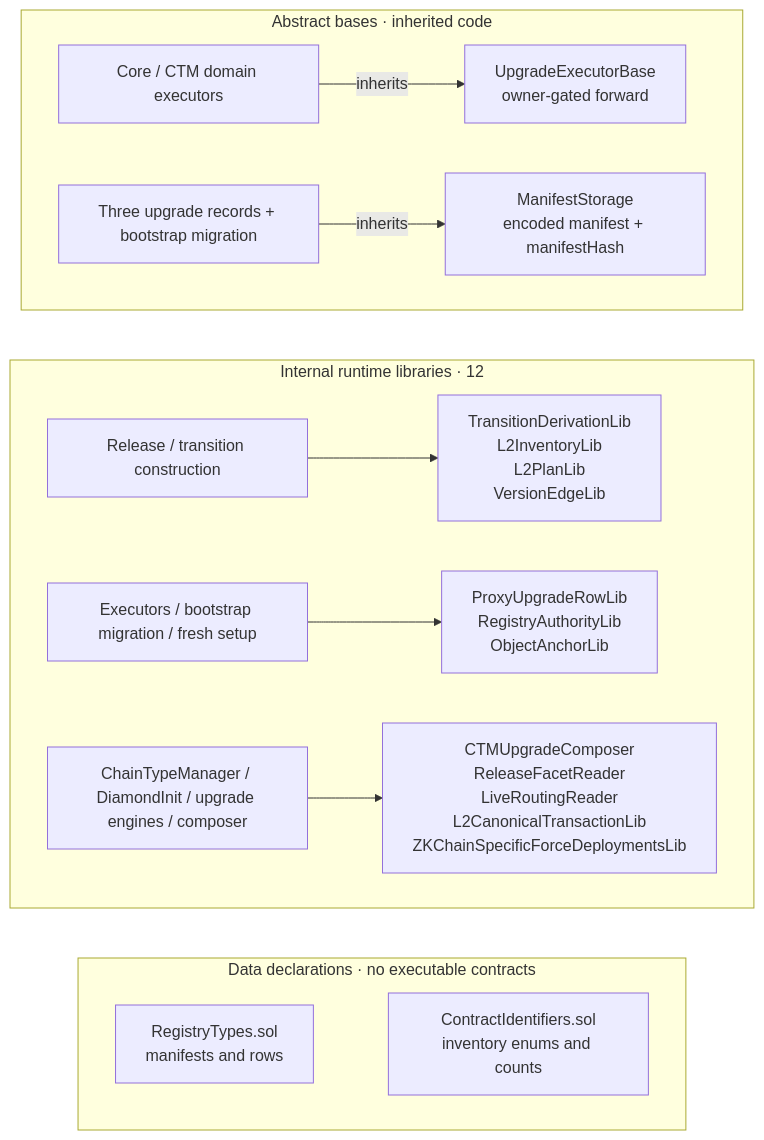
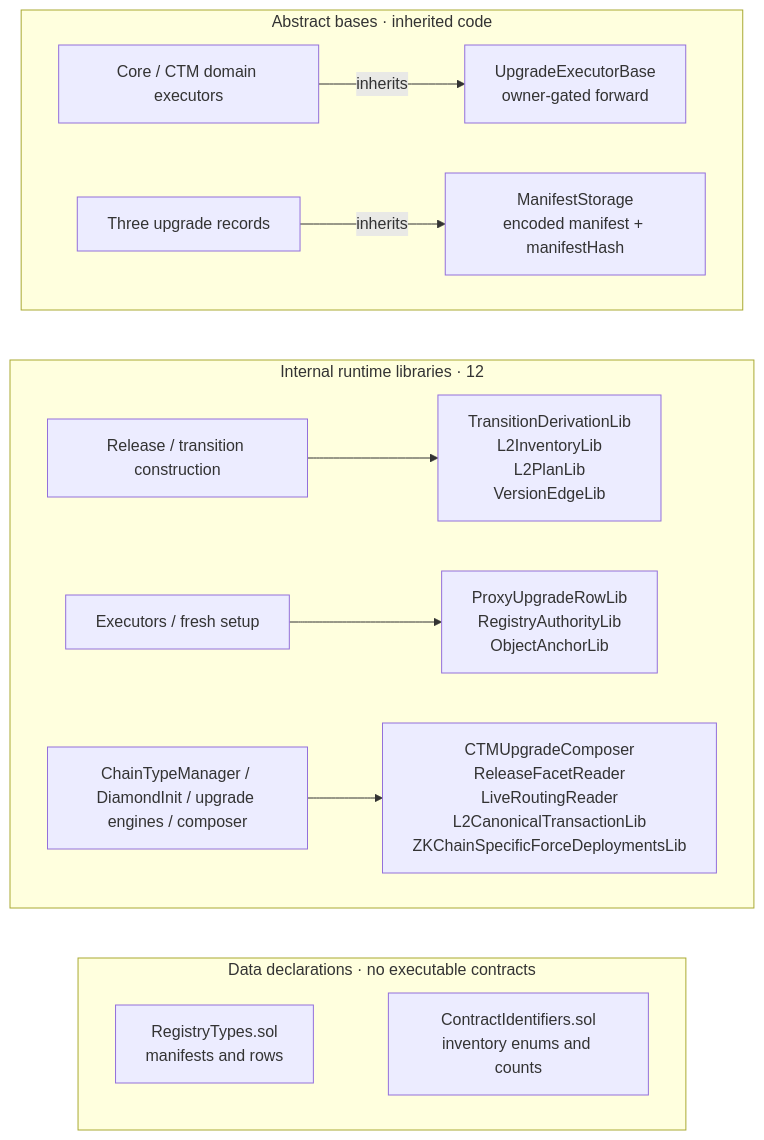
The second of 3 diagrams in README.md (matter-labs/era-contracts), drawn with Mermaid before and after one commit. The commit also changed other lines of this file and 15 other files, not shown here.

````diff
--- a/README.md
+++ b/README.md
@@ -142,32 +104,32 @@
 ```mermaid
 flowchart TB
     subgraph BASES["Abstract bases · inherited code"]
         direction LR
         DOMAINCALLER["Core / CTM domain executors"]
-        RECORDS["Three upgrade records + bootstrap migration"]
+        RECORDS["Three upgrade records"]
         UBASE["UpgradeExecutorBase<br/>owner-gated forward"]
         MBASE["ManifestStorage<br/>encoded manifest + manifestHash"]
         DOMAINCALLER -->|"inherits"| UBASE
         RECORDS -->|"inherits"| MBASE
     end
     subgraph HELPERS["Internal runtime libraries · 12"]
         direction LR
         DERIVECALLERS["Release / transition construction"]
-        APPLYCALLERS["Executors / bootstrap migration / fresh setup"]
+        APPLYCALLERS["Executors / fresh setup"]
         CHAINCALLERS["ChainTypeManager / DiamondInit / upgrade engines / composer"]
         DERIVE["TransitionDerivationLib<br/>L2InventoryLib<br/>L2PlanLib<br/>VersionEdgeLib"]
         APPLY["ProxyUpgradeRowLib<br/>RegistryAuthorityLib<br/>ObjectAnchorLib"]
         CHAINCODE["CTMUpgradeComposer<br/>ReleaseFacetReader<br/>LiveRoutingReader<br/>L2CanonicalTransactionLib<br/>ZKChainSpecificForceDeploymentsLib"]
         DERIVECALLERS --> DERIVE
         APPLYCALLERS --> APPLY
         CHAINCALLERS --> CHAINCODE
     end
     subgraph DATA["Data declarations · no executable contracts"]
         direction LR
         TYPES["RegistryTypes.sol<br/>manifests and rows"]
         IDS["ContractIdentifiers.sol<br/>inventory enums and counts"]
         TYPES ~~~ IDS
     end
     BASES ~~~ HELPERS
     HELPERS ~~~ DATA
 ```
````
